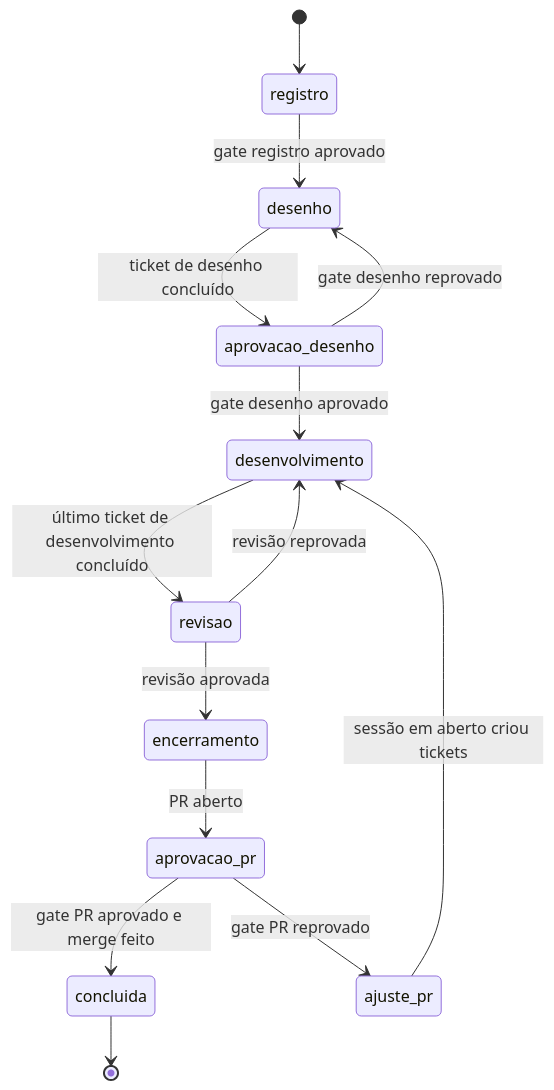
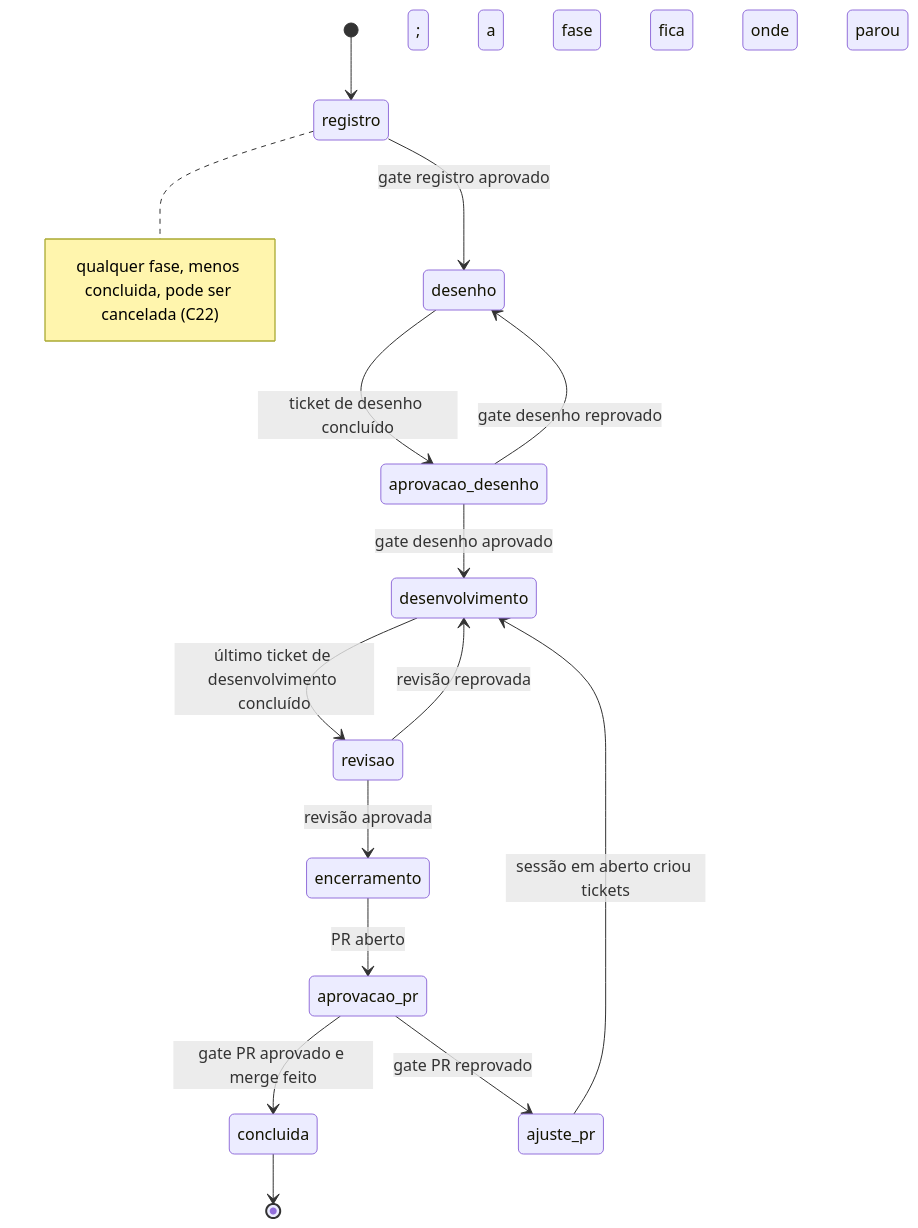
One commit to JimmyAreaFiscal/Fabriquinha changed the first of 2 diagrams in fabriquinha/01-dominio.md. Above: the diagram before and after it, drawn with Mermaid. The commit also changed other lines of this file and 39 other files, not shown here.

````diff
--- a/fabriquinha/01-dominio.md
+++ b/fabriquinha/01-dominio.md
@@ -257,16 +260,17 @@
 ```mermaid
 stateDiagram-v2
     [*] --> registro
     registro --> desenho: gate registro aprovado
     desenho --> aprovacao_desenho: ticket de desenho concluído
     aprovacao_desenho --> desenvolvimento: gate desenho aprovado
     aprovacao_desenho --> desenho: gate desenho reprovado
     desenvolvimento --> revisao: último ticket de desenvolvimento concluído
     revisao --> encerramento: revisão aprovada
     revisao --> desenvolvimento: revisão reprovada
     encerramento --> aprovacao_pr: PR aberto
     aprovacao_pr --> concluida: gate PR aprovado e merge feito
     aprovacao_pr --> ajuste_pr: gate PR reprovado
     ajuste_pr --> desenvolvimento: sessão em aberto criou tickets
     concluida --> [*]
+    note right of registro: qualquer fase, menos concluida, pode ser cancelada (C22); a fase fica onde parou
 ```
````
